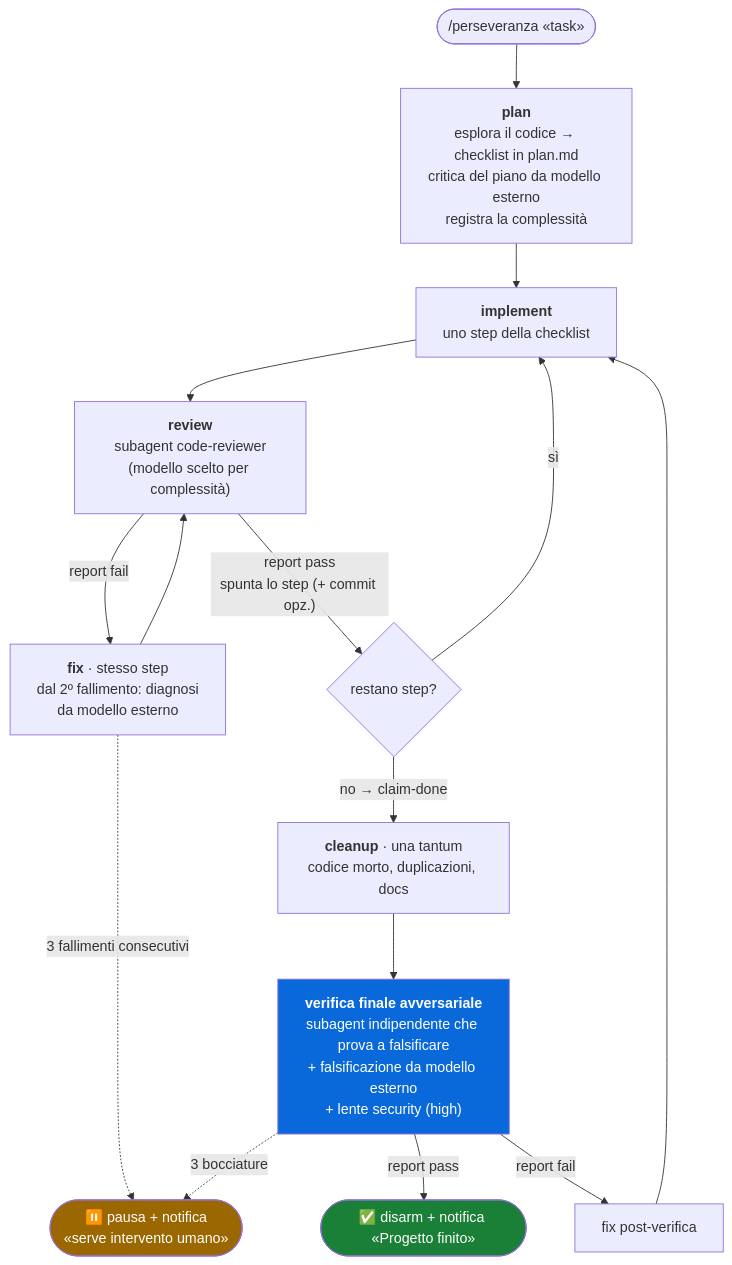
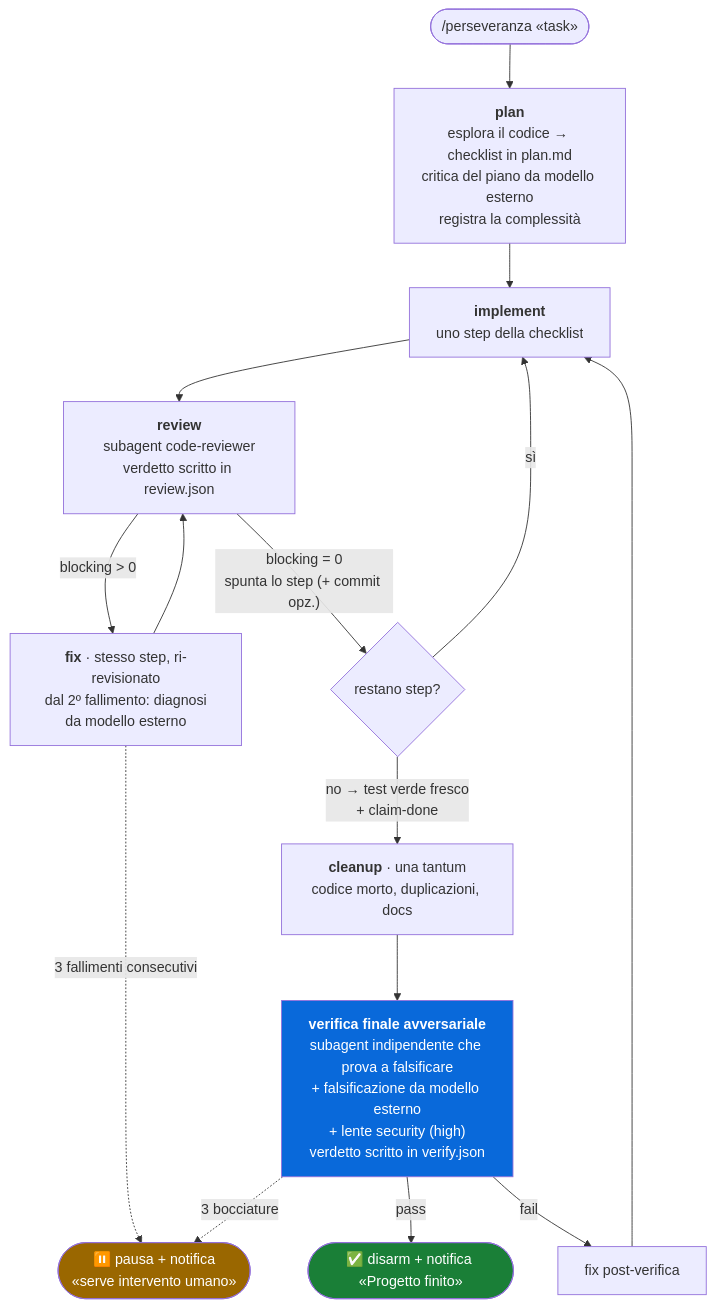
Before and after one commit to ilmondovero/perseveranza: the diagram in README.md, drawn with Mermaid. The commit also changed other lines of this file and 4 other files, not shown here.

````diff
--- a/README.md
+++ b/README.md
@@ -22,22 +22,22 @@
 ```mermaid
 flowchart TD
     START(["/perseveranza «task»"]) --> PLAN
     PLAN["<b>plan</b><br/>esplora il codice → checklist in plan.md<br/>critica del piano da modello esterno<br/>registra la complessità"] --> IMPL
     IMPL["<b>implement</b><br/>uno step della checklist"] --> REV
-    REV["<b>review</b><br/>subagent code-reviewer<br/>(modello scelto per complessità)"] -- "report fail" --> FIX
-    FIX["<b>fix</b> · stesso step<br/>dal 2º fallimento: diagnosi<br/>da modello esterno"] --> REV
-    REV -- "report pass<br/>spunta lo step (+ commit opz.)" --> NEXT{"restano step?"}
+    REV["<b>review</b><br/>subagent code-reviewer<br/>verdetto scritto in review.json"] -- "blocking > 0" --> FIX
+    FIX["<b>fix</b> · stesso step, ri-revisionato<br/>dal 2º fallimento: diagnosi<br/>da modello esterno"] --> REV
+    REV -- "blocking = 0<br/>spunta lo step (+ commit opz.)" --> NEXT{"restano step?"}
     NEXT -- "sì" --> IMPL
-    NEXT -- "no → claim-done" --> CLEAN
+    NEXT -- "no → test verde fresco<br/>+ claim-done" --> CLEAN
     CLEAN["<b>cleanup</b> · una tantum<br/>codice morto, duplicazioni, docs"] --> VERIFY
-    VERIFY["<b>verifica finale avversariale</b><br/>subagent indipendente che prova a falsificare<br/>+ falsificazione da modello esterno<br/>+ lente security (high)"] -- "report pass" --> DONE
-    VERIFY -- "report fail" --> POSTFIX["fix post-verifica"] --> IMPL
+    VERIFY["<b>verifica finale avversariale</b><br/>subagent indipendente che prova a falsificare<br/>+ falsificazione da modello esterno<br/>+ lente security (high)<br/>verdetto scritto in verify.json"] -- "pass" --> DONE
+    VERIFY -- "fail" --> POSTFIX["fix post-verifica"] --> IMPL
     FIX -. "3 fallimenti consecutivi" .-> PAUSE
     VERIFY -. "3 bocciature" .-> PAUSE
     DONE(["✅ disarm + notifica «Progetto finito»"])
     PAUSE(["⏸️ pausa + notifica<br/>«serve intervento umano»"])
 
     style DONE fill:#1a7f37,color:#fff
     style PAUSE fill:#9a6700,color:#fff
     style VERIFY fill:#0969da,color:#fff
 ```
````
